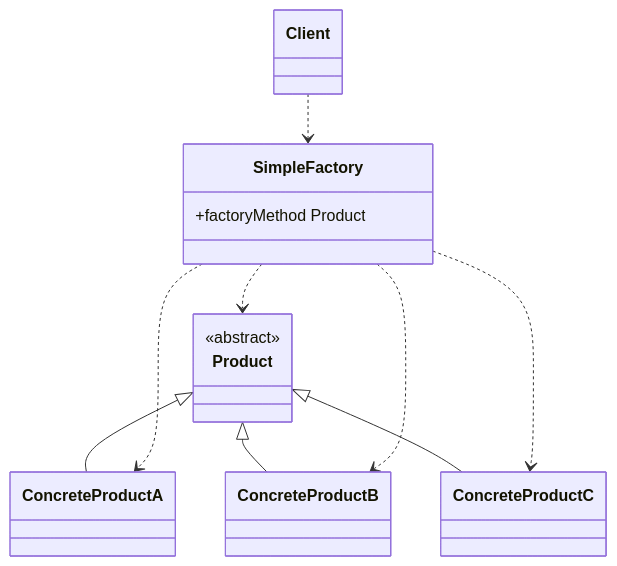
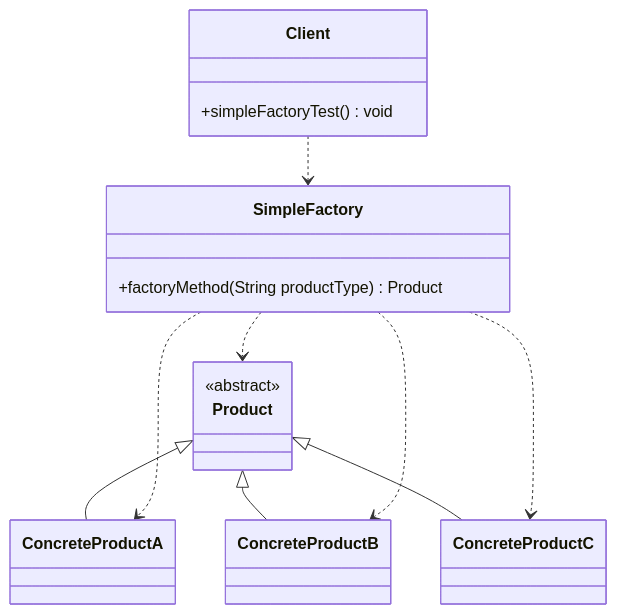
Diagram 15 of 16 in general/designpattern/designpattern-java/designpattern-java.md (lingwh1995/books), drawn with Mermaid before and after one commit. The commit also changed other lines of this file, not shown here.

````diff
--- a/general/designpattern/designpattern-java/designpattern-java.md
+++ b/general/designpattern/designpattern-java/designpattern-java.md
@@ -741,21 +752,24 @@
 ```mermaid
 classDiagram
     Client ..> SimpleFactory
     Product <|-- ConcreteProductA
     Product <|-- ConcreteProductB
     Product <|-- ConcreteProductC
     SimpleFactory ..> Product
     SimpleFactory ..> ConcreteProductA
     SimpleFactory ..> ConcreteProductB
     SimpleFactory ..> ConcreteProductC
     class ConcreteProductA{
     }
     class ConcreteProductB{
     }
     class ConcreteProductC{
     }
     class SimpleFactory {
-        +factoryMethod Product
+        +factoryMethod(String productType) Product
+    }
+    class Client {
+        +simpleFactoryTest() void
     }
     <<abstract>> Product
 ```
````
